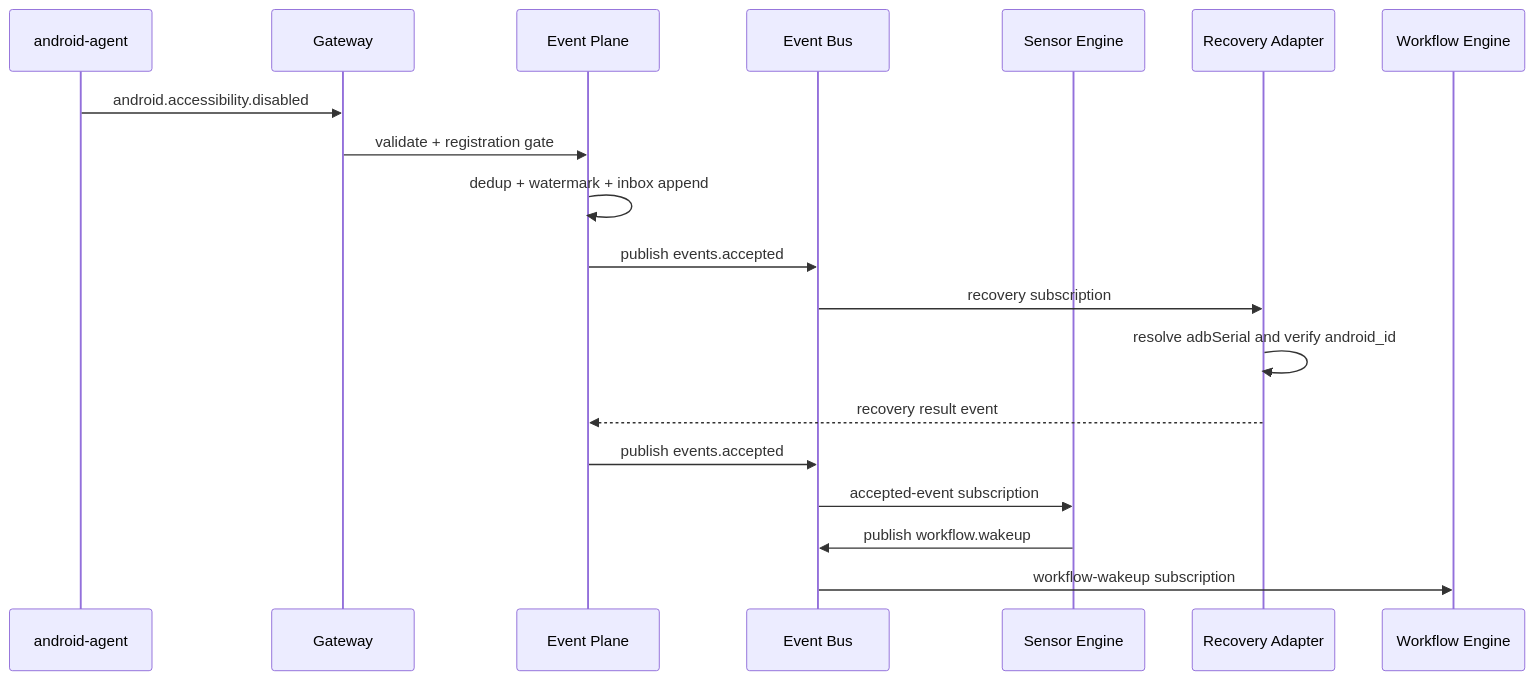
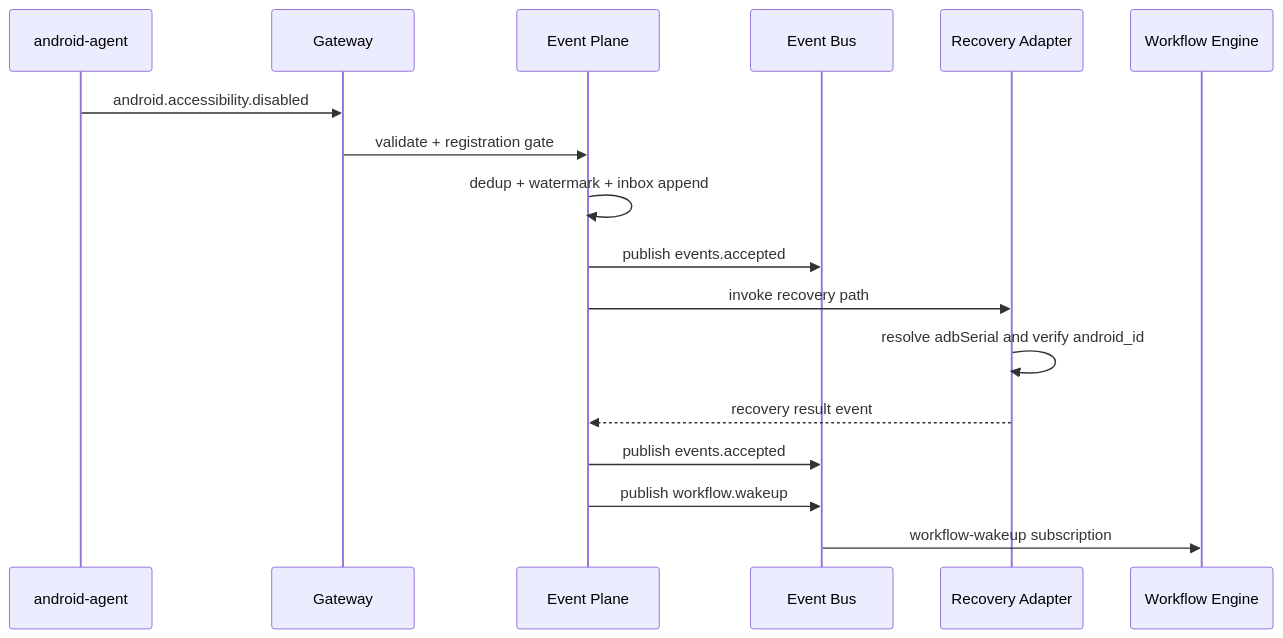
The fourth of 4 diagrams in plans/event-driven-argo-like-architecture-v2.md (rdh073/ppp), drawn with Mermaid before and after one commit. The commit also changed other lines of this file and 32 other files, not shown here.

````diff
--- a/plans/event-driven-argo-like-architecture-v2.md
+++ b/plans/event-driven-argo-like-architecture-v2.md
@@ -778,22 +773,20 @@
 ```mermaid
 sequenceDiagram
   participant A as android-agent
   participant G as Gateway
   participant E as Event Plane
   participant B as Event Bus
-  participant S as Sensor Engine
   participant R as Recovery Adapter
   participant W as Workflow Engine
 
   A->>G: android.accessibility.disabled
   G->>E: validate + registration gate
   E->>E: dedup + watermark + inbox append
   E->>B: publish events.accepted
-  B->>R: recovery subscription
+  E->>R: invoke recovery path
   R->>R: resolve adbSerial and verify android_id
   R-->>E: recovery result event
   E->>B: publish events.accepted
-  B->>S: accepted-event subscription
-  S->>B: publish workflow.wakeup
+  E->>B: publish workflow.wakeup
   B->>W: workflow-wakeup subscription
 ```
````
